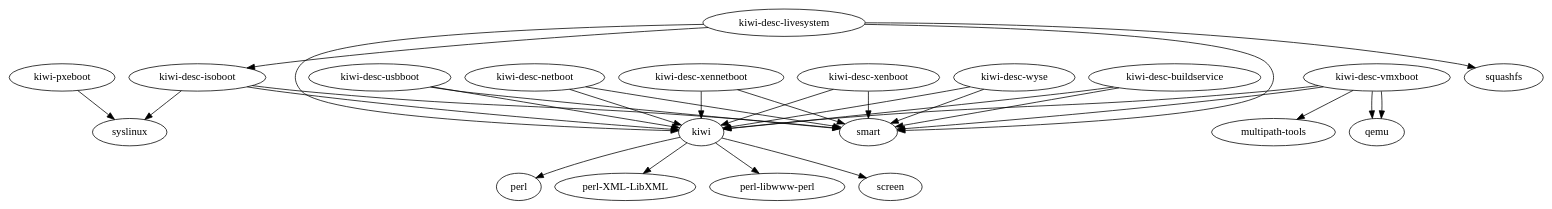
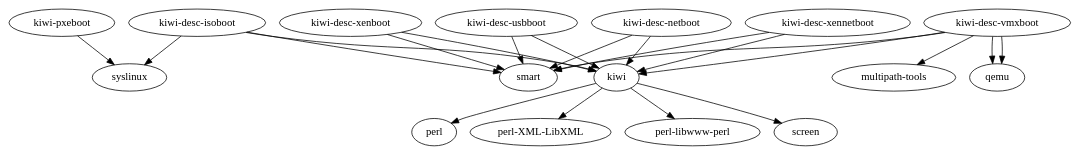
One commit to OSInside/kiwi-legacy changed the diagram in .kiwi.dot. Above: the diagram before and after it, drawn with Graphviz. The commit also changed 2 other files, not shown here.

```diff
--- a/.kiwi.dot
+++ b/.kiwi.dot
@@ -1,42 +1,31 @@
 digraph kiwi {
 	"kiwi" -> "perl"
 	"kiwi" -> "perl-XML-LibXML"
 	"kiwi" -> "perl-libwww-perl"
 	"kiwi" -> "screen"
 
 	"kiwi-pxeboot" -> "syslinux"
 
 	"kiwi-desc-isoboot" -> "kiwi"
 	"kiwi-desc-isoboot" -> "smart"
 	"kiwi-desc-isoboot" -> "syslinux"
 
 	"kiwi-desc-usbboot" -> "kiwi"
 	"kiwi-desc-usbboot" -> "smart"
 
 	"kiwi-desc-vmxboot" -> "kiwi"
 	"kiwi-desc-vmxboot" -> "qemu"
 
 	"kiwi-desc-vmxboot" -> "multipath-tools"
 	"kiwi-desc-vmxboot" -> "smart"
 	"kiwi-desc-vmxboot" -> "qemu"
 
 	"kiwi-desc-netboot" -> "kiwi"
 	"kiwi-desc-netboot" -> "smart"
 
 	"kiwi-desc-xennetboot" -> "kiwi"
 	"kiwi-desc-xennetboot" -> "smart"
 
 	"kiwi-desc-xenboot" -> "kiwi"
     "kiwi-desc-xenboot" -> "smart"
-
-	"kiwi-desc-wyse"    -> "kiwi"
-	"kiwi-desc-wyse"    -> "smart"
-
-	"kiwi-desc-buildservice" -> "kiwi"
-	"kiwi-desc-buildservice" -> "smart"
-
-	"kiwi-desc-livesystem" -> "kiwi"
-	"kiwi-desc-livesystem" -> "kiwi-desc-isoboot"
-	"kiwi-desc-livesystem" -> "smart"
-	"kiwi-desc-livesystem" -> "squashfs"
 }
```
